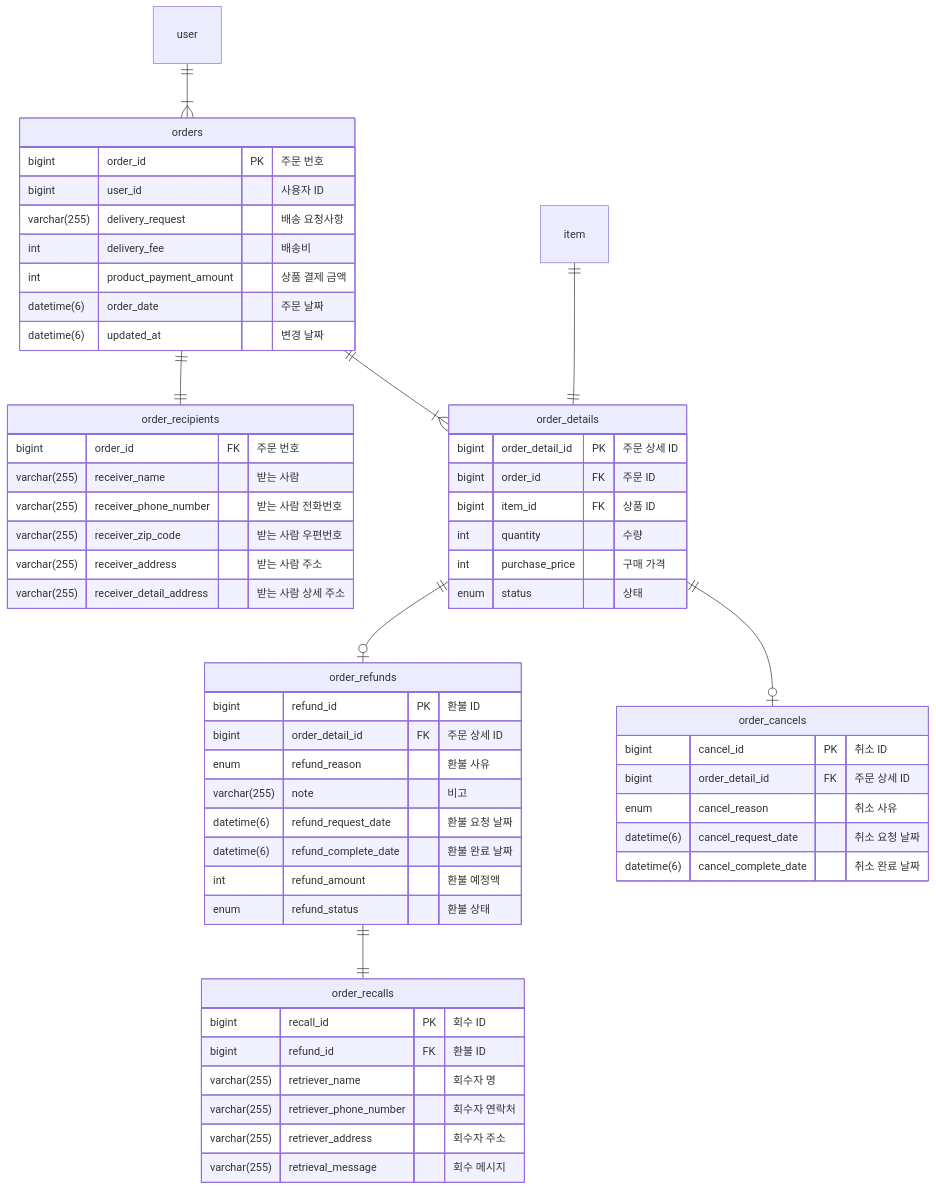
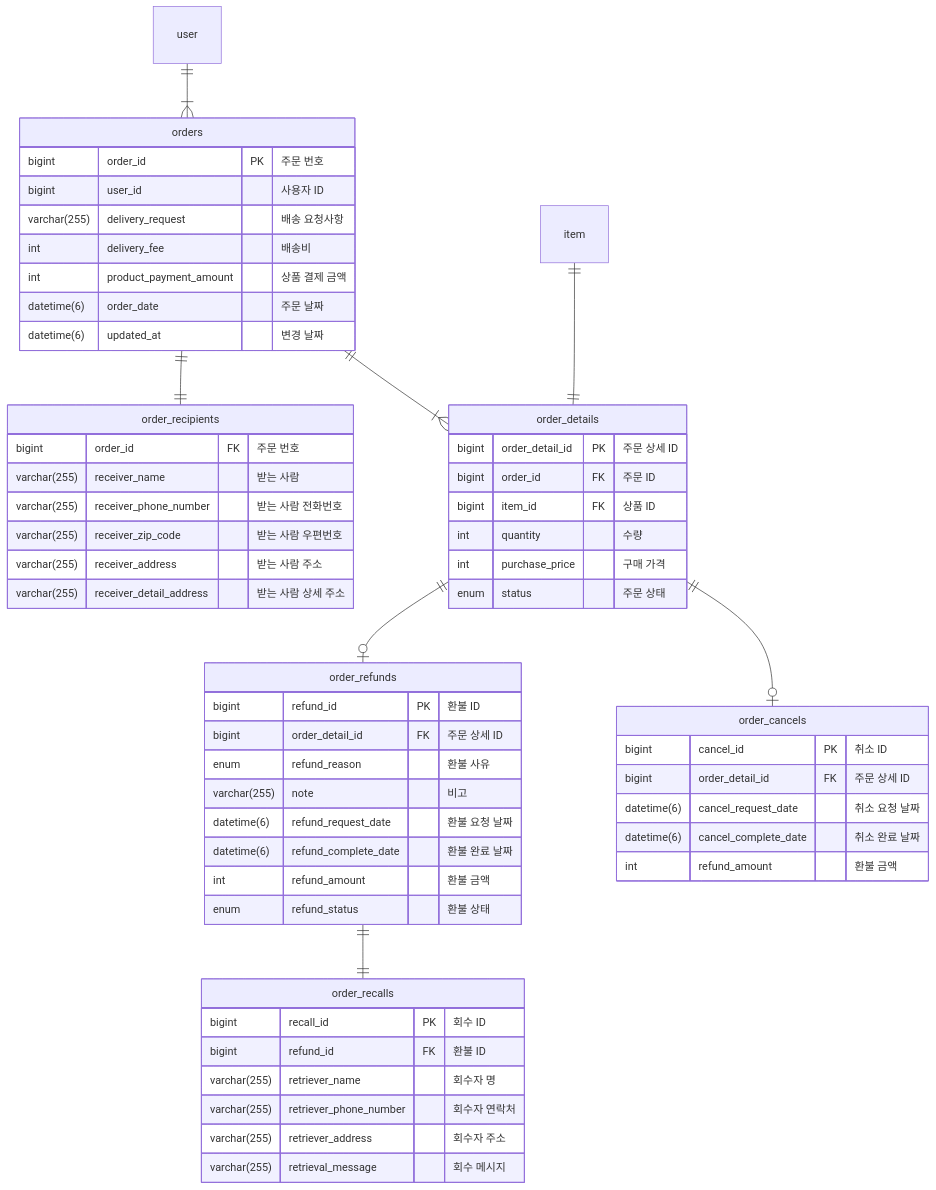
One commit to kea-dpang/order-server changed the second of 2 diagrams in README.md. Above: the diagram before and after it, drawn with Mermaid. The commit also changed other lines of this file, not shown here.

````diff
--- a/README.md
+++ b/README.md
@@ -3,67 +72,67 @@
 ```mermaid
 erDiagram
     orders {
         bigint order_id PK "주문 번호"
         bigint user_id "사용자 ID"
         varchar(255) delivery_request "배송 요청사항"
         int delivery_fee "배송비"
         int product_payment_amount "상품 결제 금액"
         datetime(6) order_date "주문 날짜"
         datetime(6) updated_at "변경 날짜"
     }
 
     order_recipients {
         bigint order_id FK "주문 번호"
         varchar(255) receiver_name "받는 사람"
         varchar(255) receiver_phone_number "받는 사람 전화번호"
         varchar(255) receiver_zip_code "받는 사람 우편번호"
         varchar(255) receiver_address "받는 사람 주소"
         varchar(255) receiver_detail_address "받는 사람 상세 주소"
     }
 
     order_details {
         bigint order_detail_id PK "주문 상세 ID"
         bigint order_id FK "주문 ID"
         bigint item_id FK "상품 ID"
         int quantity "수량"
         int purchase_price "구매 가격"
-        enum status "상태"
+        enum status "주문 상태"
     }
 
     order_refunds {
         bigint refund_id PK "환불 ID"
         bigint order_detail_id FK "주문 상세 ID"
         enum refund_reason "환불 사유"
         varchar(255) note "비고"
         datetime(6) refund_request_date "환불 요청 날짜"
         datetime(6) refund_complete_date "환불 완료 날짜"
-        int refund_amount "환불 예정액"
+        int refund_amount "환불 금액"
         enum refund_status "환불 상태"
     }
 
     order_recalls {
         bigint recall_id PK "회수 ID"
         bigint refund_id FK "환불 ID"
         varchar(255) retriever_name "회수자 명"
         varchar(255) retriever_phone_number "회수자 연락처"
         varchar(255) retriever_address "회수자 주소"
         varchar(255) retrieval_message "회수 메시지"
     }
 
     order_cancels {
         bigint cancel_id PK "취소 ID"
         bigint order_detail_id FK "주문 상세 ID"
-        enum cancel_reason "취소 사유"
         datetime(6) cancel_request_date "취소 요청 날짜"
         datetime(6) cancel_complete_date "취소 완료 날짜"
+        int refund_amount "환불 금액"
     }
 
     orders ||--|{ order_details: ""
     order_details ||--o| order_refunds: ""
     orders ||--|| order_recipients: ""
     order_details ||--o| order_cancels: ""
     order_refunds ||--|| order_recalls: ""
     user ||--|{ orders: ""
     item ||--|| order_details: ""
 
 ```
````
